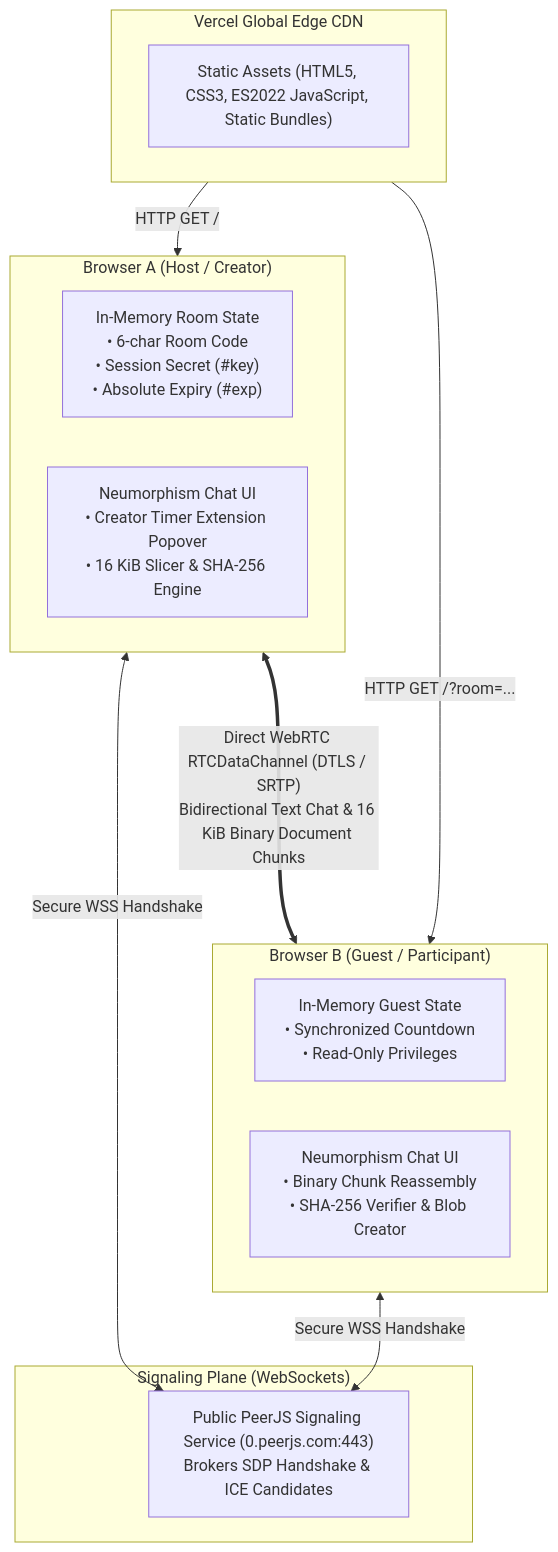
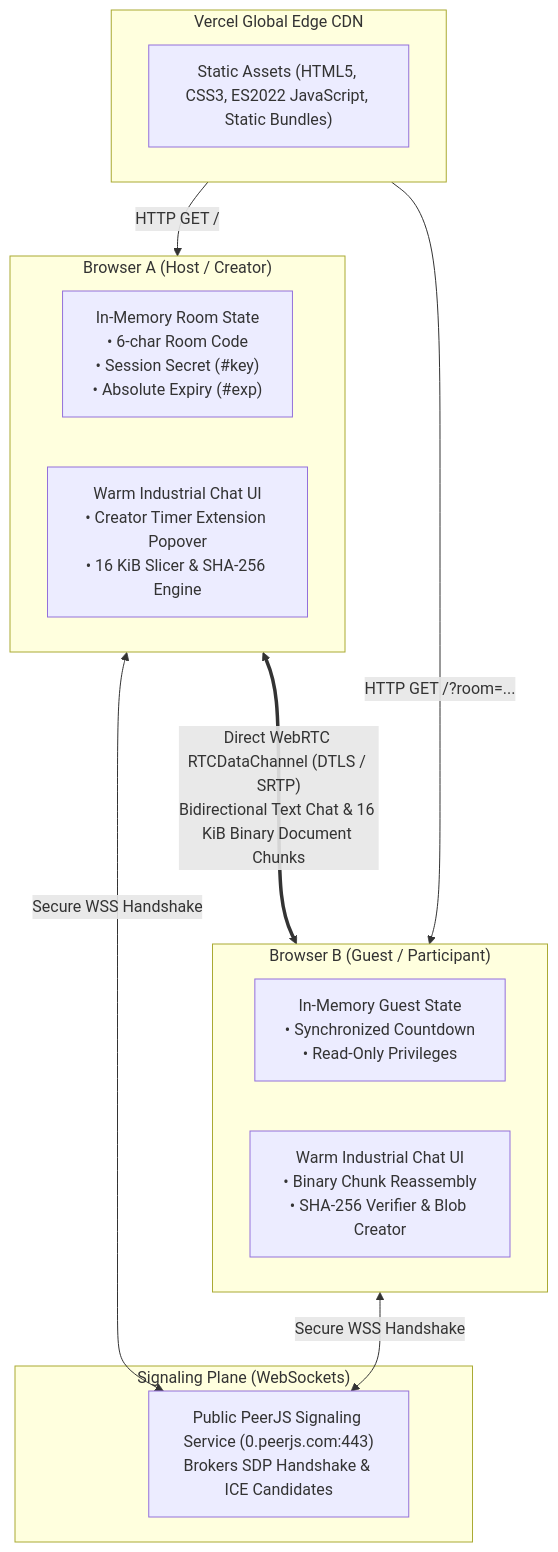
One commit to skandachandrashekar335-wq/anomoly-chat changed the diagram in README.md. Above: the diagram before and after it, drawn with Mermaid. The commit also changed other lines of this file and 17 other files, not shown here.

Commit message:
feat: redesign with Warm Industrial UI, full interaction suite, and multi-viewport responsiveness

````diff
--- a/README.md
+++ b/README.md
@@ -75,28 +75,28 @@
 ```mermaid
 flowchart TD
     subgraph EdgeCDN["Vercel Global Edge CDN"]
         VercelStatic["Static Assets (HTML5, CSS3, ES2022 JavaScript, Static Bundles)"]
     end
 
     subgraph Signaling["Signaling Plane (WebSockets)"]
         PeerJSServer["Public PeerJS Signaling Service (0.peerjs.com:443)<br/>Brokers SDP Handshake & ICE Candidates"]
     end
 
     subgraph PeerA["Browser A (Host / Creator)"]
         HostState["In-Memory Room State<br/>• 6-char Room Code<br/>• Session Secret (#key)<br/>• Absolute Expiry (#exp)"]
-        HostUI["Neumorphism Chat UI<br/>• Creator Timer Extension Popover<br/>• 16 KiB Slicer & SHA-256 Engine"]
+        HostUI["Warm Industrial Chat UI<br/>• Creator Timer Extension Popover<br/>• 16 KiB Slicer & SHA-256 Engine"]
     end
 
     subgraph PeerB["Browser B (Guest / Participant)"]
         GuestState["In-Memory Guest State<br/>• Synchronized Countdown<br/>• Read-Only Privileges"]
-        GuestUI["Neumorphism Chat UI<br/>• Binary Chunk Reassembly<br/>• SHA-256 Verifier & Blob Creator"]
+        GuestUI["Warm Industrial Chat UI<br/>• Binary Chunk Reassembly<br/>• SHA-256 Verifier & Blob Creator"]
     end
 
     EdgeCDN -->|"HTTP GET /"| PeerA
     EdgeCDN -->|"HTTP GET /?room=..."| PeerB
 
     PeerA <-->|"Secure WSS Handshake"| PeerJSServer
     PeerB <-->|"Secure WSS Handshake"| PeerJSServer
 
     PeerA <===>|"Direct WebRTC RTCDataChannel (DTLS / SRTP)<br/>Bidirectional Text Chat & 16 KiB Binary Document Chunks"| PeerB
 ```
````
